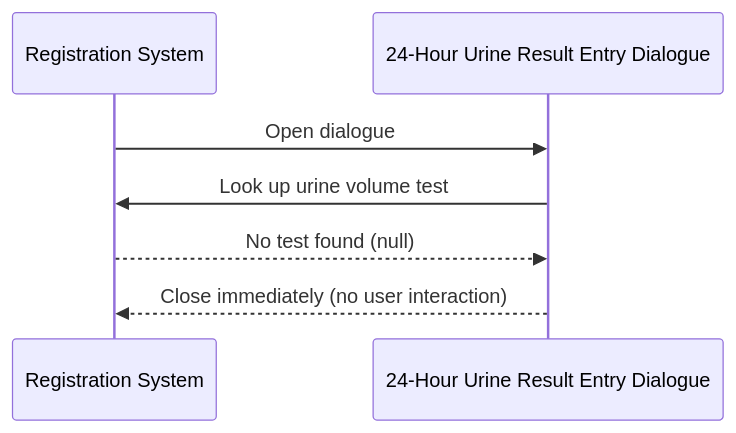
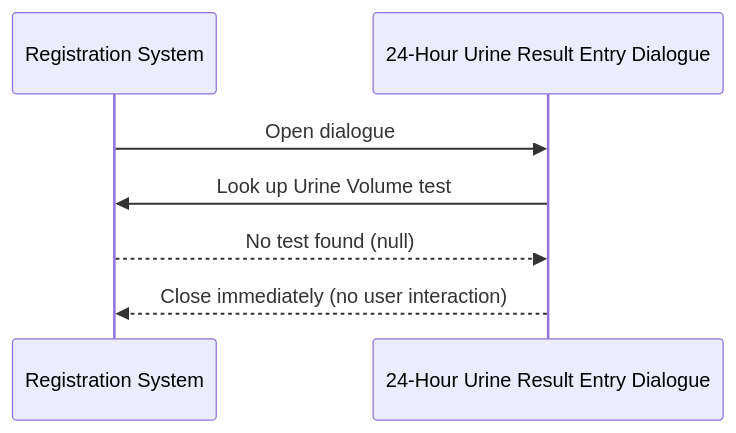
One commit to DragonChong/HA-Notes changed the third of 3 diagrams in Knowledge Base/01_Screens/Registration/Workflows/Pre-Register/Result Entry/24-Hour Urine Result Entry Dialogue.md. Above: the diagram before and after it, drawn with Mermaid. The commit also changed other lines of this file and 2 other files, not shown here.

````diff
--- a/Knowledge Base/01_Screens/Registration/Workflows/Pre-Register/Result Entry/24-Hour Urine Result Entry Dialogue.md
+++ b/Knowledge Base/01_Screens/Registration/Workflows/Pre-Register/Result Entry/24-Hour Urine Result Entry Dialogue.md
@@ -120,10 +130,10 @@
 ```mermaid
 sequenceDiagram
     participant System as Registration System
     participant Dialogue as 24-Hour Urine Result Entry Dialogue
 
     System->>Dialogue: Open dialogue
-    Dialogue->>System: Look up urine volume test
+    Dialogue->>System: Look up Urine Volume test
     System-->>Dialogue: No test found (null)
     Dialogue-->>System: Close immediately (no user interaction)
 ```
````
